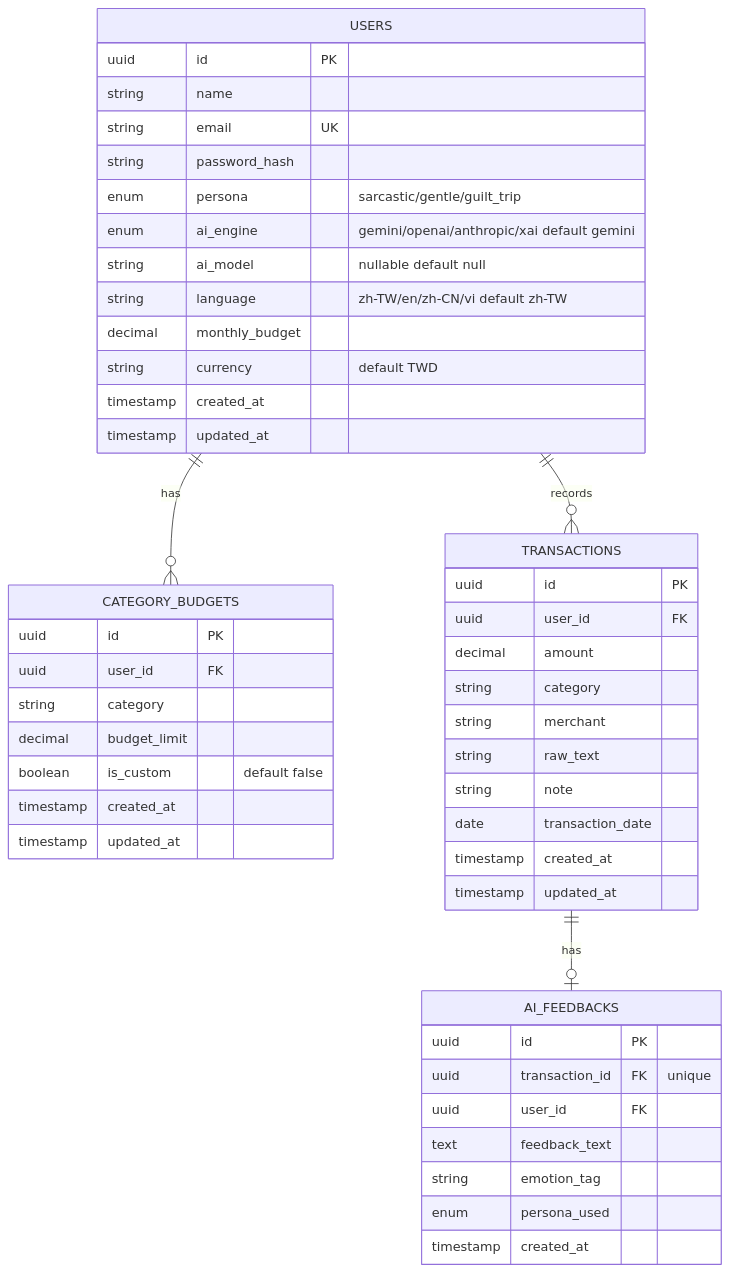
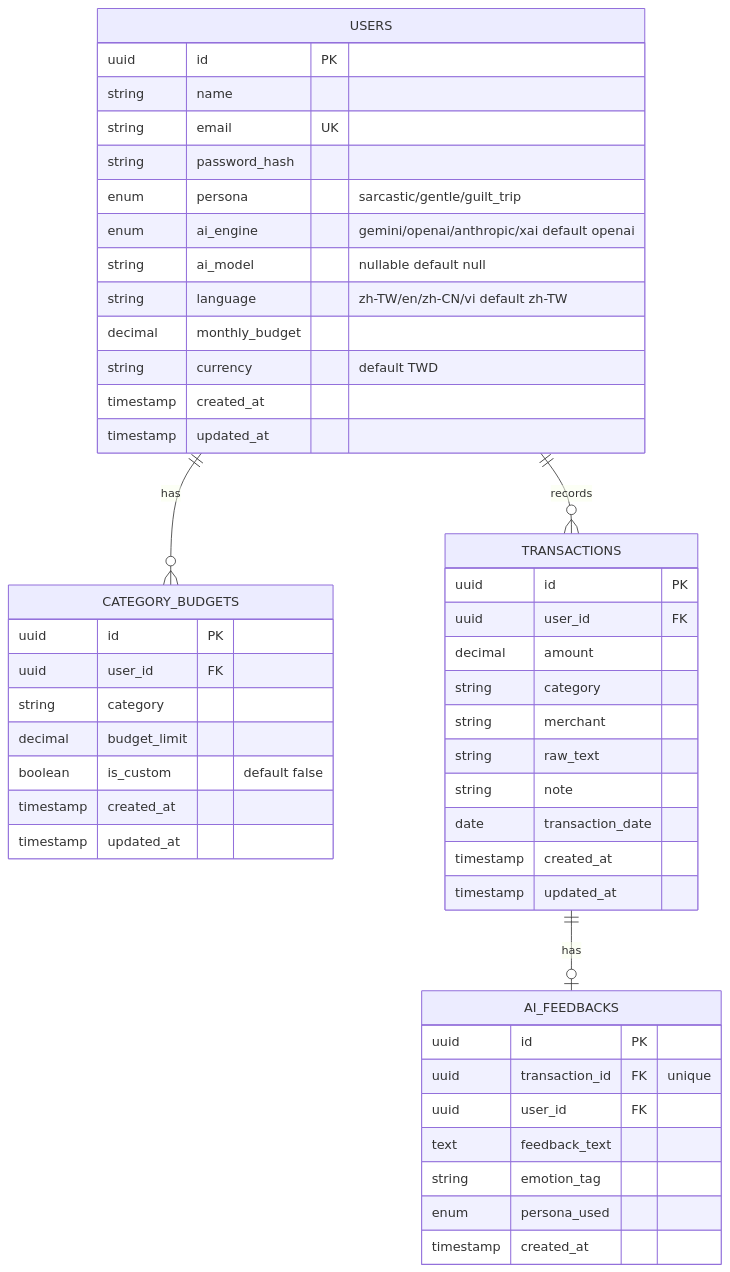
The second of 2 diagrams in docs/01-2-SRD.md (robin-li/vibe-money-book), drawn with Mermaid before and after one commit. The commit also changed other lines of this file and 4 other files, not shown here.

````diff
--- a/docs/01-2-SRD.md
+++ b/docs/01-2-SRD.md
@@ -290,54 +296,54 @@
 ```mermaid
 erDiagram
     USERS ||--o{ CATEGORY_BUDGETS : has
     USERS ||--o{ TRANSACTIONS : records
     TRANSACTIONS ||--o| AI_FEEDBACKS : has
 
     USERS {
         uuid id PK
         string name
         string email UK
         string password_hash
         enum persona "sarcastic/gentle/guilt_trip"
-        enum ai_engine "gemini/openai/anthropic/xai default gemini"
+        enum ai_engine "gemini/openai/anthropic/xai default openai"
         string ai_model "nullable default null"
         string language "zh-TW/en/zh-CN/vi default zh-TW"
         decimal monthly_budget
         string currency "default TWD"
         timestamp created_at
         timestamp updated_at
     }
 
     CATEGORY_BUDGETS {
         uuid id PK
         uuid user_id FK
         string category
         decimal budget_limit
         boolean is_custom "default false"
         timestamp created_at
         timestamp updated_at
     }
 
     TRANSACTIONS {
         uuid id PK
         uuid user_id FK
         decimal amount
         string category
         string merchant
         string raw_text
         string note
         date transaction_date
         timestamp created_at
         timestamp updated_at
     }
 
     AI_FEEDBACKS {
         uuid id PK
         uuid transaction_id FK "unique"
         uuid user_id FK
         text feedback_text
         string emotion_tag
         enum persona_used
         timestamp created_at
     }
 ```
````
